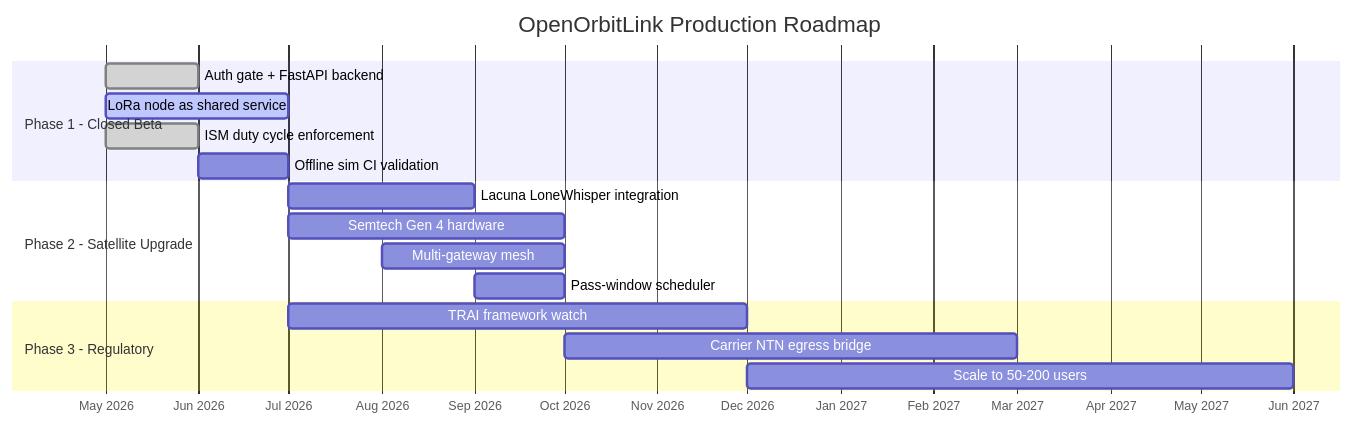
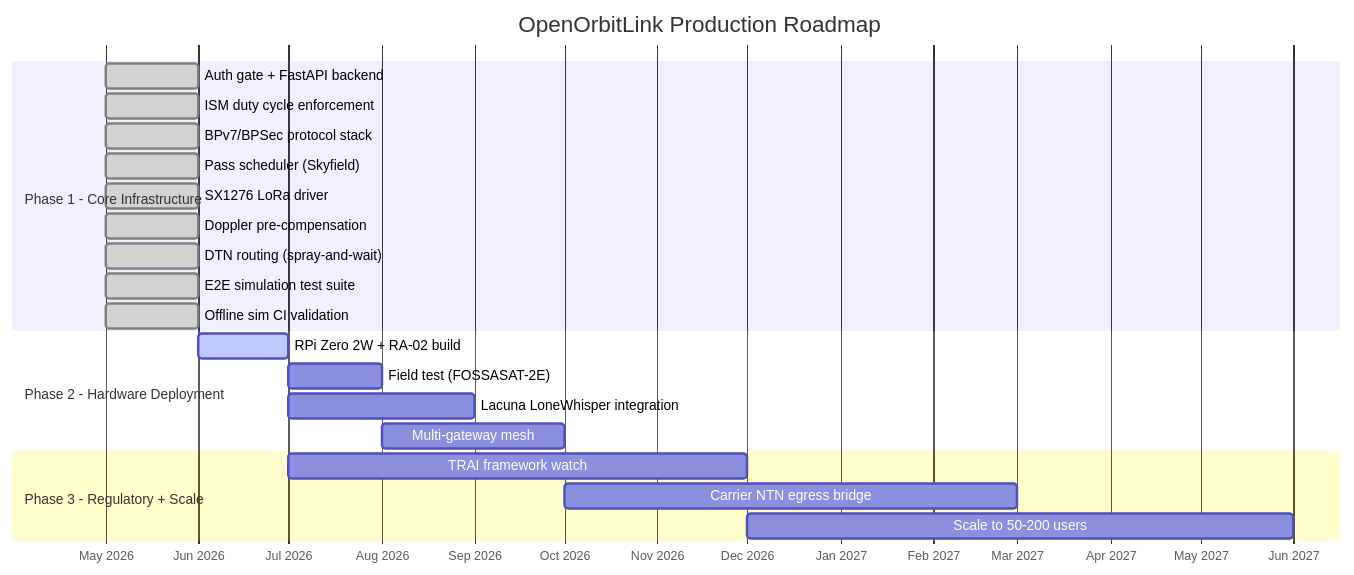
Before and after one commit to Ashutosh0x/OpenOrbitLink: the fifth of 5 diagrams in readme.md, drawn with Mermaid. The commit also changed other lines of this file, not shown here.

Commit message:
docs: update README for 100% implementation - 99 tests, pass scheduler, Doppler, DTN routing, LoRa driver

````diff
--- a/readme.md
+++ b/readme.md
@@ -236,23 +240,28 @@
 ```mermaid
 gantt
     title OpenOrbitLink Production Roadmap
     dateFormat YYYY-MM
     axisFormat %b %Y
 
-    section Phase 1 - Closed Beta
+    section Phase 1 - Core Infrastructure
     Auth gate + FastAPI backend     :done, p1a, 2026-05, 2026-06
-    LoRa node as shared service     :active, p1b, 2026-05, 2026-07
     ISM duty cycle enforcement      :done, p1c, 2026-05, 2026-06
-    Offline sim CI validation       :p1d, 2026-06, 2026-07
+    BPv7/BPSec protocol stack       :done, p1e, 2026-05, 2026-06
+    Pass scheduler (Skyfield)       :done, p1f, 2026-05, 2026-06
+    SX1276 LoRa driver              :done, p1g, 2026-05, 2026-06
+    Doppler pre-compensation        :done, p1h, 2026-05, 2026-06
+    DTN routing (spray-and-wait)    :done, p1i, 2026-05, 2026-06
+    E2E simulation test suite       :done, p1j, 2026-05, 2026-06
+    Offline sim CI validation       :done, p1d, 2026-05, 2026-06
 
-    section Phase 2 - Satellite Upgrade
-    Lacuna LoneWhisper integration  :p2a, 2026-07, 2026-09
-    Semtech Gen 4 hardware          :p2b, 2026-07, 2026-10
-    Multi-gateway mesh              :p2c, 2026-08, 2026-10
-    Pass-window scheduler           :p2d, 2026-09, 2026-10
+    section Phase 2 - Hardware Deployment
+    RPi Zero 2W + RA-02 build       :active, p2a, 2026-06, 2026-07
+    Field test (FOSSASAT-2E)        :p2b, 2026-07, 2026-08
+    Lacuna LoneWhisper integration  :p2c, 2026-07, 2026-09
+    Multi-gateway mesh              :p2d, 2026-08, 2026-10
 
-    section Phase 3 - Regulatory
+    section Phase 3 - Regulatory + Scale
     TRAI framework watch            :p3a, 2026-07, 2026-12
     Carrier NTN egress bridge       :p3b, 2026-10, 2027-03
     Scale to 50-200 users           :p3c, 2026-12, 2027-06
 ```
````
